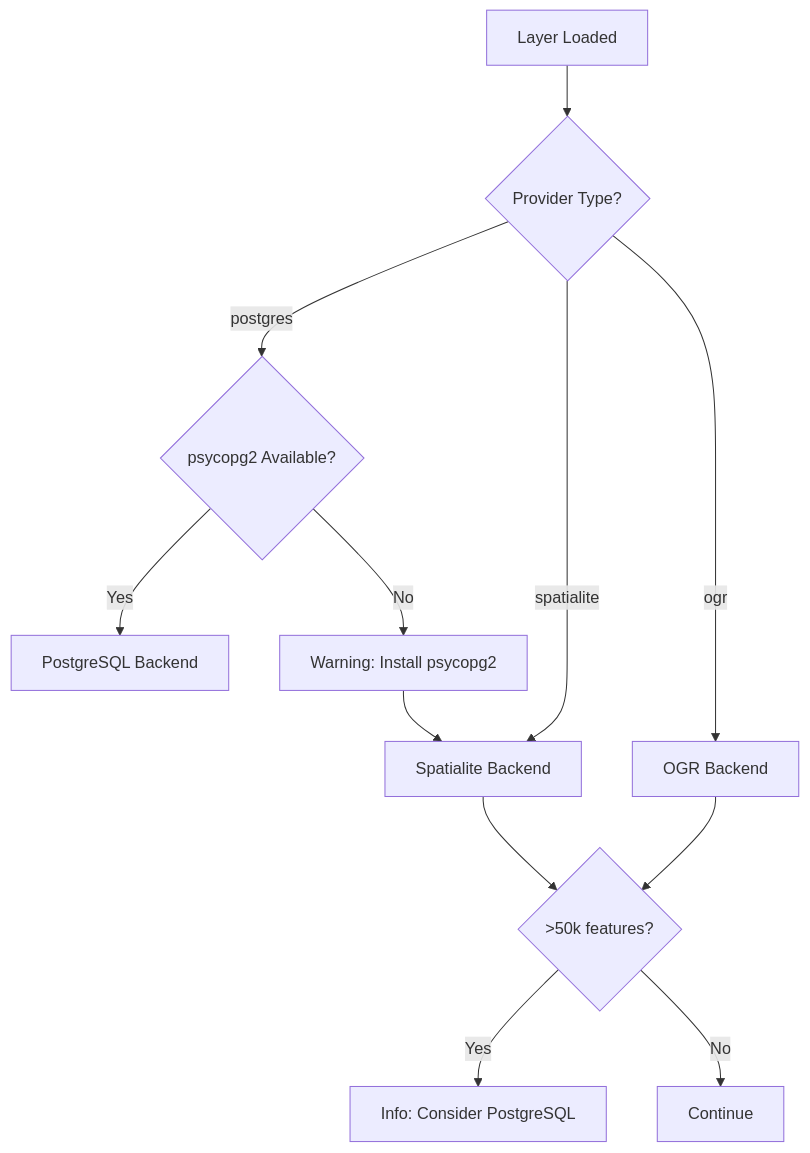
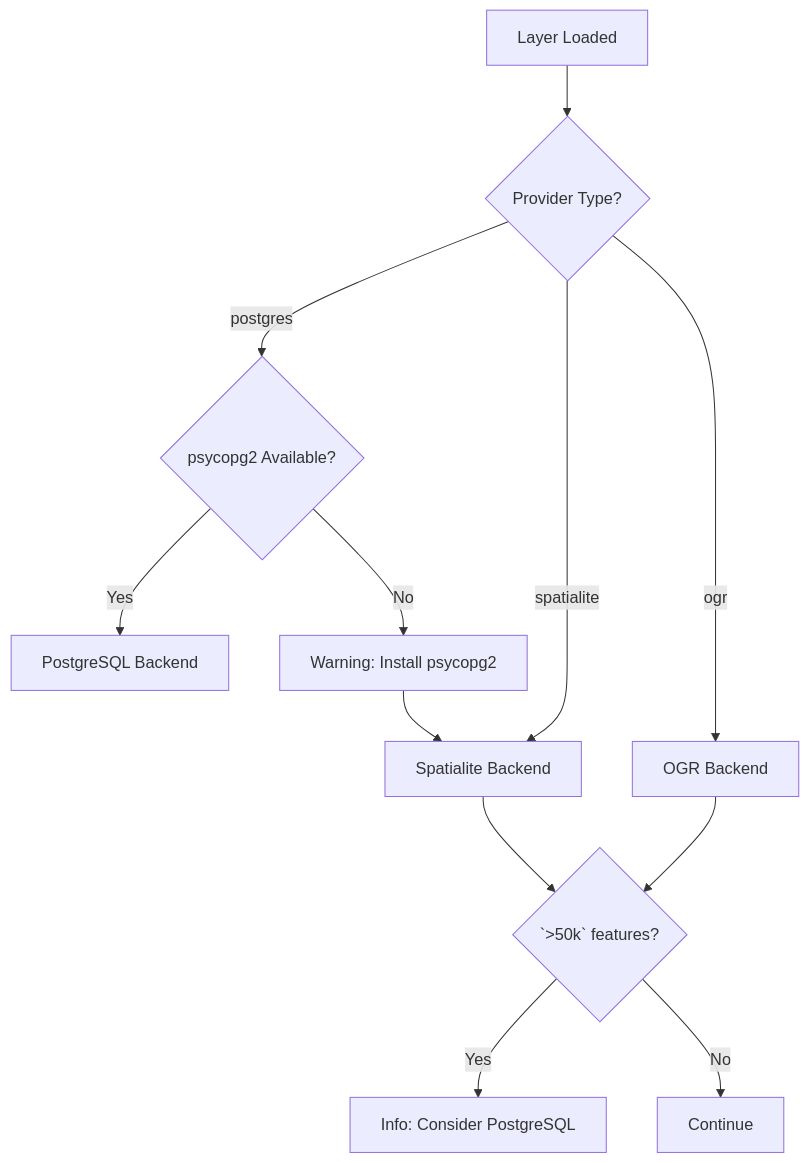
One commit to sducournau/filter_mate changed the diagram in website/docs/backends/overview.md. Above: the diagram before and after it, drawn with Mermaid. The commit also changed other lines of this file and 57 other files, not shown here.

````diff
--- a/website/docs/backends/overview.md
+++ b/website/docs/backends/overview.md
@@ -28,14 +36,14 @@
 ```mermaid
 graph TD
     A[Layer Loaded] --> B{Provider Type?}
     B -->|postgres| C{psycopg2 Available?}
     B -->|spatialite| E[Spatialite Backend]
     B -->|ogr| F[OGR Backend]
     C -->|Yes| D[PostgreSQL Backend]
     C -->|No| G[Warning: Install psycopg2]
     G --> E
-    E --> H{>50k features?}
+    E --> H{`>50k` features?}
     H -->|Yes| I[Info: Consider PostgreSQL]
     H -->|No| J[Continue]
     F --> H
 ```
````
